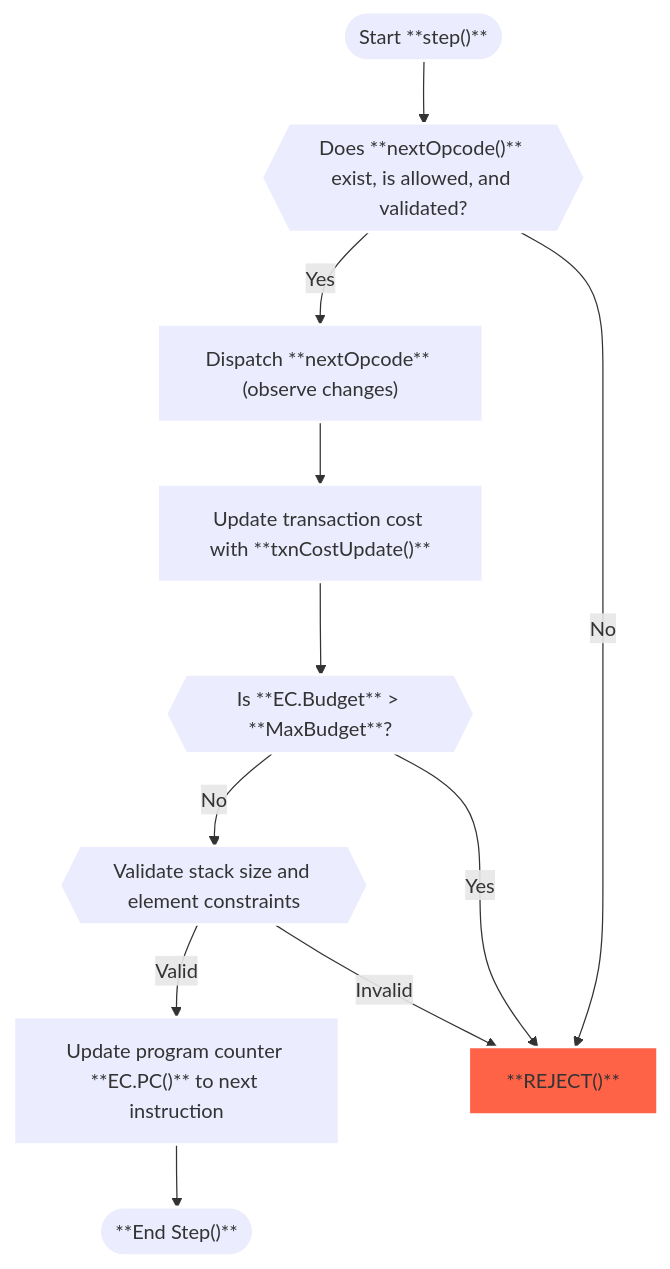
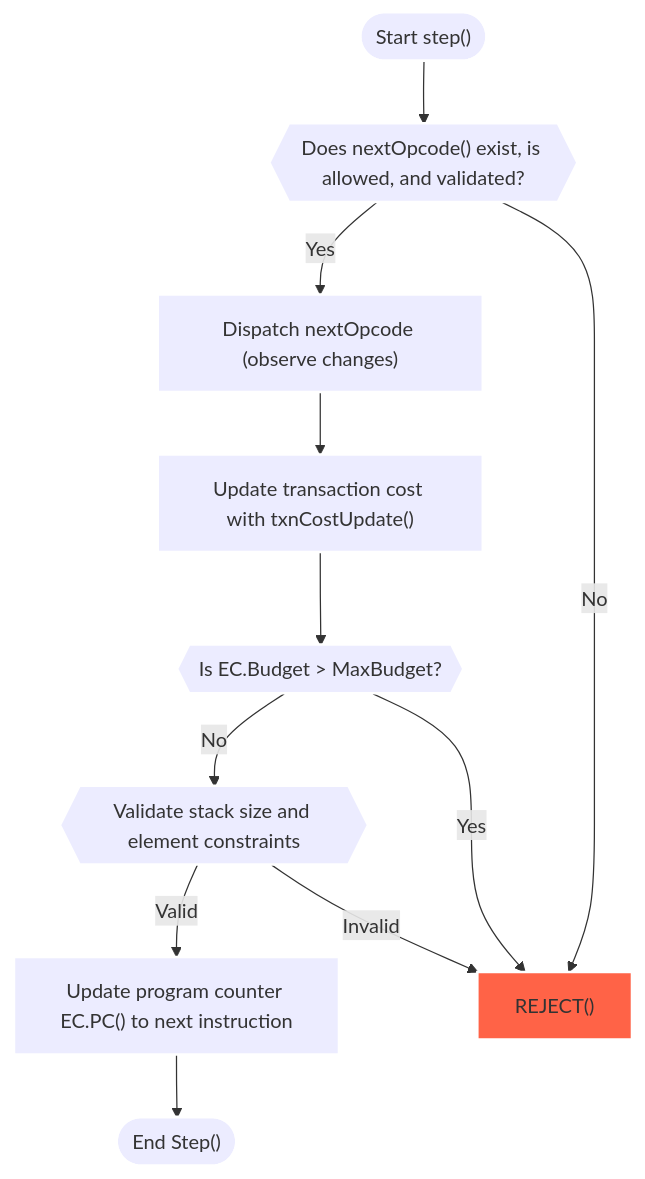
Before and after one commit to cce/specs: the diagram in src/avm/non-normative/avm-nn-transition-function.md, drawn with Mermaid. The commit also changed 1 other file, not shown here.

````diff
--- a/src/avm/non-normative/avm-nn-transition-function.md
+++ b/src/avm/non-normative/avm-nn-transition-function.md
@@ -29,38 +29,38 @@
 ```mermaid
 flowchart TD
-  Start(["Start **step()**"]):::cend
+  Start(["Start step()"]):::cend
 
   %% Decision Nodes
-  CheckNextOpcode{{"Does **nextOpcode()** exist, is allowed, and validated?"}}:::decision
-  CheckBudget{{"Is **EC.Budget** > **MaxBudget**?"}}:::decision
+  CheckNextOpcode{{"Does nextOpcode() exist, is allowed, and validated?"}}:::decision
+  CheckBudget{{"Is EC.Budget > MaxBudget?"}}:::decision
   ValidateStack{{"Validate stack size and element constraints"}}:::decision
 
   %% Action Nodes
-  DispatchNextOpcode["Dispatch **nextOpcode** (observe changes)"]:::action
-  UpdateTxnCost["Update transaction cost with **txnCostUpdate()**"]:::action
-  UpdatePC["Update program counter **EC.PC()** to next instruction"]:::action
+  DispatchNextOpcode["Dispatch nextOpcode (observe changes)"]:::action
+  UpdateTxnCost["Update transaction cost with txnCostUpdate()"]:::action
+  UpdatePC["Update program counter EC.PC() to next instruction"]:::action
 
   %% Reject Node
-  RejectFromValidation["**REJECT()**"]:::reject
+  RejectFromValidation["REJECT()"]:::reject
 
   %% End Node
-  End(["**End Step()**"]):::cend
+  End(["End Step()"]):::cend
 
   %% Connections
   Start --> CheckNextOpcode
   CheckNextOpcode -->|Yes| DispatchNextOpcode
   CheckNextOpcode -->|No| RejectFromValidation
   DispatchNextOpcode --> UpdateTxnCost
   UpdateTxnCost --> CheckBudget
   CheckBudget -->|Yes| RejectFromValidation
   CheckBudget -->|No| ValidateStack
   ValidateStack -->|Valid| UpdatePC
   ValidateStack -->|Invalid| RejectFromValidation
   UpdatePC --> End
 
   %% Styling
   classDef decision stroke:#FFFF,stroke-width:2px
   classDef action stroke:#FFFFFF,stroke-width:2px
   classDef cend stroke:#FFFF,stroke-width:2px
   classDef reject fill:#FF6347,stroke:#FFF,stroke-width:2px
 ```
````
